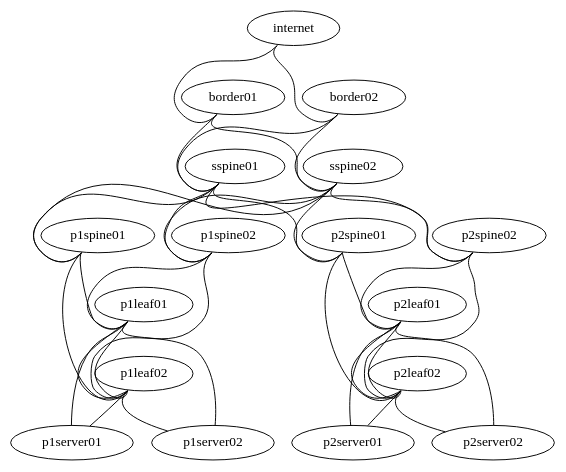
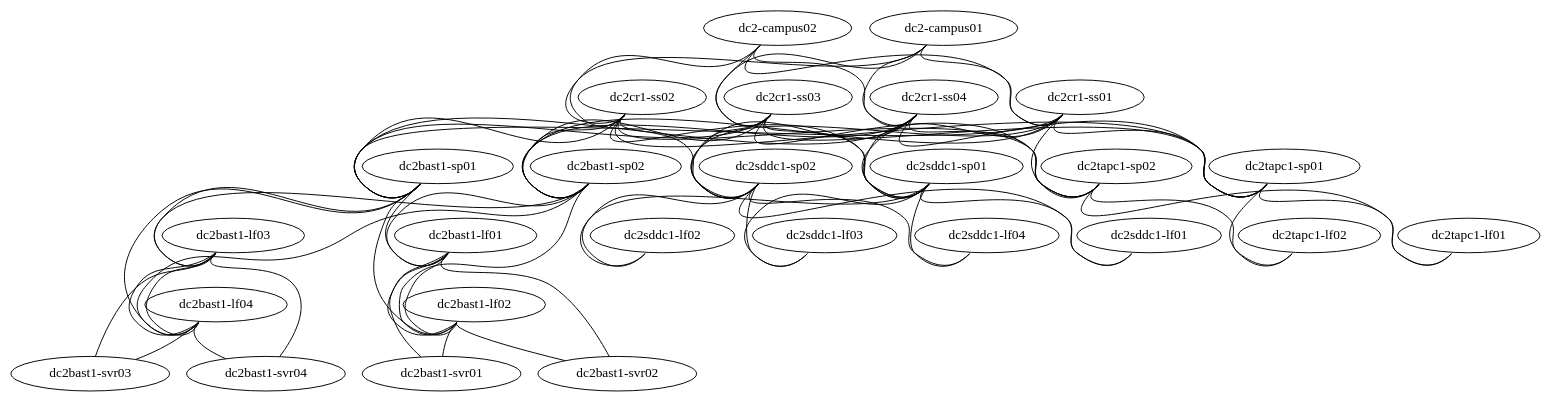
One commit to Cloudofyou/vxlan-separation changed the diagram in vx-simulation/vxlan-seperation.dot. Above: the diagram before and after it, drawn with Graphviz. The commit also changed 9 other files, not shown here.

```diff
--- a/vx-simulation/vxlan-seperation.dot
+++ b/vx-simulation/vxlan-seperation.dot
@@ -1,56 +1,102 @@
 graph training {
- "p1leaf01" [function="leaf" os="CumulusCommunity/cumulus-vx" version="3.6.2" memory="1024" config="./helper_scripts/extra_switch_config.sh" mgmt_ip="192.168.200.1"]
- "p1leaf02" [function="leaf" os="CumulusCommunity/cumulus-vx" version="3.6.2" memory="1024" config="./helper_scripts/extra_switch_config.sh" mgmt_ip="192.168.200.2"]
- "p2leaf01" [function="leaf" os="CumulusCommunity/cumulus-vx" version="3.6.2" memory="1024" config="./helper_scripts/extra_switch_config.sh" mgmt_ip="192.168.200.3"]
- "p2leaf02" [function="leaf" os="CumulusCommunity/cumulus-vx" version="3.6.2" memory="1024" config="./helper_scripts/extra_switch_config.sh" mgmt_ip="192.168.200.4"]
- "p1spine01" [function="spine" os="CumulusCommunity/cumulus-vx" version="3.6.2" memory="1024" config="./helper_scripts/extra_switch_config.sh" mgmt_ip="192.168.200.13"]
- "p1spine02" [function="spine" os="CumulusCommunity/cumulus-vx" version="3.6.2" memory="1024" config="./helper_scripts/extra_switch_config.sh" mgmt_ip="192.168.200.14"]
- "p2spine01" [function="spine" os="CumulusCommunity/cumulus-vx" version="3.6.2" memory="1024" config="./helper_scripts/extra_switch_config.sh" mgmt_ip="192.168.200.15"]
- "p2spine02" [function="spine" os="CumulusCommunity/cumulus-vx" version="3.6.2" memory="1024" config="./helper_scripts/extra_switch_config.sh" mgmt_ip="192.168.200.16"]
- "sspine01" [function="spine" os="CumulusCommunity/cumulus-vx" version="3.6.2" memory="1024" config="./helper_scripts/extra_switch_config.sh" mgmt_ip="192.168.200.11"]
- "sspine02" [function="spine" os="CumulusCommunity/cumulus-vx" version="3.6.2" memory="1024" config="./helper_scripts/extra_switch_config.sh" mgmt_ip="192.168.200.12"]
- "border01" [function="leaf" os="CumulusCommunity/cumulus-vx" version="3.6.2" memory="1024" config="./helper_scripts/extra_switch_config.sh" mgmt_ip="192.168.200.21"]
- "border02" [function="leaf" os="CumulusCommunity/cumulus-vx" version="3.6.2" memory="1024" config="./helper_scripts/extra_switch_config.sh" mgmt_ip="192.168.200.22"]
- "internet" [function="leaf" os="CumulusCommunity/cumulus-vx" version="3.6.2" memory="1024" config="./helper_scripts/extra_switch_config.sh" mgmt_ip="192.168.200.25"]
- "p1server01" [function="host" os="yk0/ubuntu-xenial" memory="768" config="./helper_scripts/extra_server_config.sh" mgmt_ip="192.168.200.31"]
- "p1server02" [function="host" os="yk0/ubuntu-xenial" memory="768" config="./helper_scripts/extra_server_config.sh" mgmt_ip="192.168.200.32"]
- "p2server01" [function="host" os="yk0/ubuntu-xenial" memory="768" config="./helper_scripts/extra_server_config.sh" mgmt_ip="192.168.200.33"]
- "p2server02" [function="host" os="yk0/ubuntu-xenial" memory="768" config="./helper_scripts/extra_server_config.sh" mgmt_ip="192.168.200.34"]
+ "dc2-campus01" [function="leaf" os="CumulusCommunity/cumulus-vx" version="3.6.2" memory="768" config="./helper_scripts/extra_switch_config.sh" mgmt_ip="192.168.200.1"]
+ "dc2-campus02" [function="leaf" os="CumulusCommunity/cumulus-vx" version="3.6.2" memory="768" config="./helper_scripts/extra_switch_config.sh" mgmt_ip="192.168.200.2"]
+ "dc2cr1-ss01" [function="superspine" os="CumulusCommunity/cumulus-vx" version="3.6.2" memory="768" config="./helper_scripts/extra_switch_config.sh" mgmt_ip="192.168.200.3"]
+ "dc2cr1-ss02" [function="superspine" os="CumulusCommunity/cumulus-vx" version="3.6.2" memory="768" config="./helper_scripts/extra_switch_config.sh" mgmt_ip="192.168.200.4"]
+ "dc2cr1-ss03" [function="superspine" os="CumulusCommunity/cumulus-vx" version="3.6.2" memory="768" config="./helper_scripts/extra_switch_config.sh" mgmt_ip="192.168.200.5"]
+ "dc2cr1-ss04" [function="superspine" os="CumulusCommunity/cumulus-vx" version="3.6.2" memory="768" config="./helper_scripts/extra_switch_config.sh" mgmt_ip="192.168.200.6"]
+ "dc2bast1-sp01" [function="spine" os="CumulusCommunity/cumulus-vx" version="3.6.2" memory="768" config="./helper_scripts/extra_switch_config.sh" mgmt_ip="192.168.200.7"]
+ "dc2bast1-sp02" [function="spine" os="CumulusCommunity/cumulus-vx" version="3.6.2" memory="768" config="./helper_scripts/extra_switch_config.sh" mgmt_ip="192.168.200.8"]
+ "dc2sddc1-sp01" [function="spine" os="CumulusCommunity/cumulus-vx" version="3.6.2" memory="768" config="./helper_scripts/extra_switch_config.sh" mgmt_ip="192.168.200.9"]
+ "dc2sddc1-sp02" [function="spine" os="CumulusCommunity/cumulus-vx" version="3.6.2" memory="768" config="./helper_scripts/extra_switch_config.sh" mgmt_ip="192.168.200.10"]
+ "dc2tapc1-sp01" [function="spine" os="CumulusCommunity/cumulus-vx" version="3.6.2" memory="768" config="./helper_scripts/extra_switch_config.sh" mgmt_ip="192.168.200.11"]
+ "dc2tapc1-sp02" [function="spine" os="CumulusCommunity/cumulus-vx" version="3.6.2" memory="768" config="./helper_scripts/extra_switch_config.sh" mgmt_ip="192.168.200.12"]
+ "dc2bast1-lf01" [function="leaf" os="CumulusCommunity/cumulus-vx" version="3.6.2" memory="768" config="./helper_scripts/extra_switch_config.sh" mgmt_ip="192.168.200.13"]
+ "dc2bast1-lf02" [function="leaf" os="CumulusCommunity/cumulus-vx" version="3.6.2" memory="768" config="./helper_scripts/extra_switch_config.sh" mgmt_ip="192.168.200.14"]
+ "dc2bast1-lf03" [function="leaf" os="CumulusCommunity/cumulus-vx" version="3.6.2" memory="768" config="./helper_scripts/extra_switch_config.sh" mgmt_ip="192.168.200.15"]
+ "dc2bast1-lf04" [function="leaf" os="CumulusCommunity/cumulus-vx" version="3.6.2" memory="768" config="./helper_scripts/extra_switch_config.sh" mgmt_ip="192.168.200.16"]
+ "dc2sddc1-lf01" [function="leaf" os="CumulusCommunity/cumulus-vx" version="3.6.2" memory="768" config="./helper_scripts/extra_switch_config.sh" mgmt_ip="192.168.200.17"]
+ "dc2sddc1-lf02" [function="leaf" os="CumulusCommunity/cumulus-vx" version="3.6.2" memory="768" config="./helper_scripts/extra_switch_config.sh" mgmt_ip="192.168.200.18"]
+ "dc2sddc1-lf03" [function="leaf" os="CumulusCommunity/cumulus-vx" version="3.6.2" memory="768" config="./helper_scripts/extra_switch_config.sh" mgmt_ip="192.168.200.19"]
+ "dc2sddc1-lf04" [function="leaf" os="CumulusCommunity/cumulus-vx" version="3.6.2" memory="768" config="./helper_scripts/extra_switch_config.sh" mgmt_ip="192.168.200.20"]
+ "dc2tapc1-lf01" [function="leaf" os="CumulusCommunity/cumulus-vx" version="3.6.2" memory="768" config="./helper_scripts/extra_switch_config.sh" mgmt_ip="192.168.200.21"]
+ "dc2tapc1-lf02" [function="leaf" os="CumulusCommunity/cumulus-vx" version="3.6.2" memory="768" config="./helper_scripts/extra_switch_config.sh" mgmt_ip="192.168.200.22"]
+ "dc2bast1-svr01" [function="host" os="yk0/ubuntu-xenial" memory="768" config="./helper_scripts/extra_server_config.sh" mgmt_ip="192.168.200.31"]
+ "dc2bast1-svr02" [function="host" os="yk0/ubuntu-xenial" memory="768" config="./helper_scripts/extra_server_config.sh" mgmt_ip="192.168.200.32"]
+ "dc2bast1-svr03" [function="host" os="yk0/ubuntu-xenial" memory="768" config="./helper_scripts/extra_server_config.sh" mgmt_ip="192.168.200.33"]
+ "dc2bast1-svr04" [function="host" os="yk0/ubuntu-xenial" memory="768" config="./helper_scripts/extra_server_config.sh" mgmt_ip="192.168.200.34"]
 
- 
- "internet":"swp1" -- "border01":"swp3"
- "internet":"swp2" -- "border02":"swp3"
- "border01":"swp1" -- "sspine01":"swp5"
- "border01":"swp2" -- "sspine02":"swp5"
- "border02":"swp1" -- "sspine01":"swp6"
- "border02":"swp2" -- "sspine02":"swp6"
- "sspine01":"swp1" -- "p1spine01":"swp10"
- "sspine01":"swp2" -- "p1spine02":"swp10"
- "sspine01":"swp3" -- "p2spine01":"swp10"
- "sspine01":"swp4" -- "p2spine02":"swp10"
- "sspine02":"swp1" -- "p1spine01":"swp11"
- "sspine02":"swp2" -- "p1spine02":"swp11"
- "sspine02":"swp3" -- "p2spine01":"swp11"
- "sspine02":"swp4" -- "p2spine02":"swp11"
- "p1spine01":"swp1" -- "p1leaf01":"swp10"
- "p1spine01":"swp2" -- "p1leaf02":"swp10"
- "p1spine02":"swp1" -- "p1leaf01":"swp11"
- "p1spine02":"swp2" -- "p1leaf02":"swp11"
- "p2spine01":"swp1" -- "p2leaf01":"swp10"
- "p2spine01":"swp2" -- "p2leaf02":"swp10"
- "p2spine02":"swp1" -- "p2leaf01":"swp11"
- "p2spine02":"swp2" -- "p2leaf02":"swp11"
- "p1leaf01":"swp1" -- "p1server01":"eth1"
- "p1leaf01":"swp2" -- "p1server02":"eth1"
- "p1leaf02":"swp1" -- "p1server01":"eth2"
- "p1leaf02":"swp2" -- "p1server02":"eth2"
- "p1leaf01":"swp20" -- "p1leaf02":"swp20"
- "p1leaf01":"swp21" -- "p1leaf02":"swp21"
- "p2leaf01":"swp1" -- "p2server01":"eth1"
- "p2leaf01":"swp2" -- "p2server02":"eth1"
- "p2leaf02":"swp1" -- "p2server01":"eth2"
- "p2leaf02":"swp2" -- "p2server02":"eth2"
- "p2leaf01":"swp20" -- "p2leaf02":"swp20"
- "p2leaf01":"swp21" -- "p2leaf02":"swp21"
+"dc2-campus01":"swp1" -- "dc2cr1-ss01":"swp11"
+"dc2-campus01":"swp2" -- "dc2cr1-ss02":"swp11"
+"dc2-campus01":"swp3" -- "dc2cr1-ss03":"swp11"
+"dc2-campus01":"swp4" -- "dc2cr1-ss04":"swp11"
+"dc2-campus02":"swp1" -- "dc2cr1-ss01":"swp12"
+"dc2-campus02":"swp2" -- "dc2cr1-ss02":"swp12"
+"dc2-campus02":"swp3" -- "dc2cr1-ss03":"swp12"
+"dc2-campus02":"swp4" -- "dc2cr1-ss04":"swp12"
 
- }
+"dc2cr1-ss01":"swp1" -- "dc2bast1-sp01":"swp29"
+"dc2cr1-ss01":"swp2" -- "dc2bast1-sp02":"swp29"
+"dc2cr1-ss01":"swp3" -- "dc2sddc1-sp01":"swp29"
+"dc2cr1-ss01":"swp4" -- "dc2sddc1-sp02":"swp29"
+"dc2cr1-ss01":"swp5" -- "dc2tapc1-sp01":"swp29"
+"dc2cr1-ss01":"swp6" -- "dc2tapc1-sp02":"swp29"
+
+"dc2cr1-ss02":"swp1" -- "dc2bast1-sp01":"swp30"
+"dc2cr1-ss02":"swp2" -- "dc2bast1-sp02":"swp30"
+"dc2cr1-ss02":"swp3" -- "dc2sddc1-sp01":"swp30"
+"dc2cr1-ss02":"swp4" -- "dc2sddc1-sp02":"swp30"
+"dc2cr1-ss02":"swp5" -- "dc2tapc1-sp01":"swp30"
+"dc2cr1-ss02":"swp6" -- "dc2tapc1-sp02":"swp30"
+
+"dc2cr1-ss03":"swp1" -- "dc2bast1-sp01":"swp31"
+"dc2cr1-ss03":"swp2" -- "dc2bast1-sp02":"swp31"
+"dc2cr1-ss03":"swp3" -- "dc2sddc1-sp01":"swp31"
+"dc2cr1-ss03":"swp4" -- "dc2sddc1-sp02":"swp31"
+"dc2cr1-ss03":"swp5" -- "dc2tapc1-sp01":"swp31"
+"dc2cr1-ss03":"swp6" -- "dc2tapc1-sp02":"swp31"
+
+"dc2cr1-ss04":"swp1" -- "dc2bast1-sp01":"swp32"
+"dc2cr1-ss04":"swp2" -- "dc2bast1-sp02":"swp32"
+"dc2cr1-ss04":"swp3" -- "dc2sddc1-sp01":"swp32"
+"dc2cr1-ss04":"swp4" -- "dc2sddc1-sp02":"swp32"
+"dc2cr1-ss04":"swp5" -- "dc2tapc1-sp01":"swp32"
+"dc2cr1-ss04":"swp6" -- "dc2tapc1-sp02":"swp32"
+
+"dc2bast1-sp01":"swp1" -- "dc2bast1-lf01":"swp25"
+"dc2bast1-sp01":"swp2" -- "dc2bast1-lf02":"swp25"
+"dc2bast1-sp01":"swp3" -- "dc2bast1-lf03":"swp25"
+"dc2bast1-sp01":"swp4" -- "dc2bast1-lf04":"swp25"
+"dc2bast1-sp02":"swp1" -- "dc2bast1-lf01":"swp26"
+"dc2bast1-sp02":"swp2" -- "dc2bast1-lf02":"swp26"
+"dc2bast1-sp02":"swp3" -- "dc2bast1-lf03":"swp26"
+"dc2bast1-sp02":"swp4" -- "dc2bast1-lf04":"swp26"
+
+"dc2sddc1-sp01":"swp1" -- "dc2sddc1-lf01":"swp25"
+"dc2sddc1-sp01":"swp2" -- "dc2sddc1-lf02":"swp25"
+"dc2sddc1-sp01":"swp3" -- "dc2sddc1-lf03":"swp25"
+"dc2sddc1-sp01":"swp4" -- "dc2sddc1-lf04":"swp25"
+"dc2sddc1-sp02":"swp1" -- "dc2sddc1-lf01":"swp26"
+"dc2sddc1-sp02":"swp2" -- "dc2sddc1-lf02":"swp26"
+"dc2sddc1-sp02":"swp3" -- "dc2sddc1-lf03":"swp26"
+"dc2sddc1-sp02":"swp4" -- "dc2sddc1-lf04":"swp26"
+
+"dc2tapc1-sp01":"swp1" -- "dc2tapc1-lf01":"swp25"
+"dc2tapc1-sp01":"swp2" -- "dc2tapc1-lf02":"swp25"
+"dc2tapc1-sp02":"swp1" -- "dc2tapc1-lf01":"swp26"
+"dc2tapc1-sp02":"swp2" -- "dc2tapc1-lf02":"swp26"
+
+"dc2bast1-lf01":"swp29" -- "dc2bast1-lf02":"swp29"
+"dc2bast1-lf01":"swp30" -- "dc2bast1-lf02":"swp30"
+"dc2bast1-lf01":"swp1" -- "dc2bast1-svr01":"eth1"
+"dc2bast1-lf01":"swp2" -- "dc2bast1-svr02":"eth1"
+"dc2bast1-lf02":"swp1" -- "dc2bast1-svr01":"eth2"
+"dc2bast1-lf02":"swp2" -- "dc2bast1-svr02":"eth2"
+
+"dc2bast1-lf03":"swp29" -- "dc2bast1-lf04":"swp29"
+"dc2bast1-lf03":"swp30" -- "dc2bast1-lf04":"swp30"
+"dc2bast1-lf03":"swp1" -- "dc2bast1-svr03":"eth1"
+"dc2bast1-lf03":"swp2" -- "dc2bast1-svr04":"eth1"
+"dc2bast1-lf04":"swp1" -- "dc2bast1-svr03":"eth2"
+"dc2bast1-lf04":"swp2" -- "dc2bast1-svr04":"eth2"
+}
```
